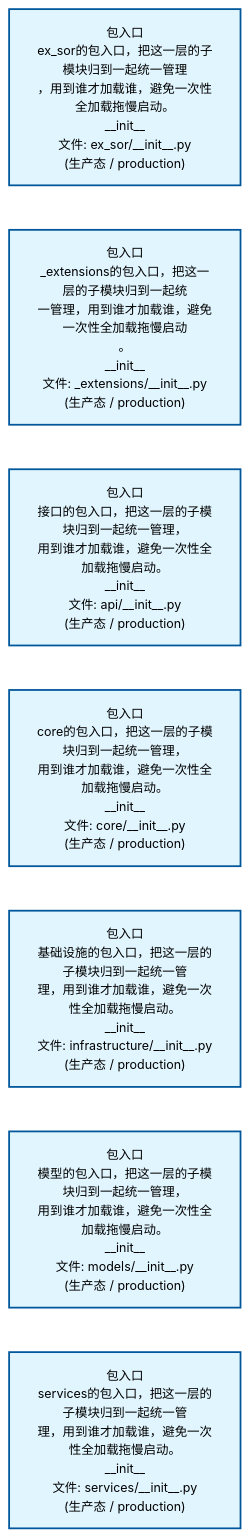
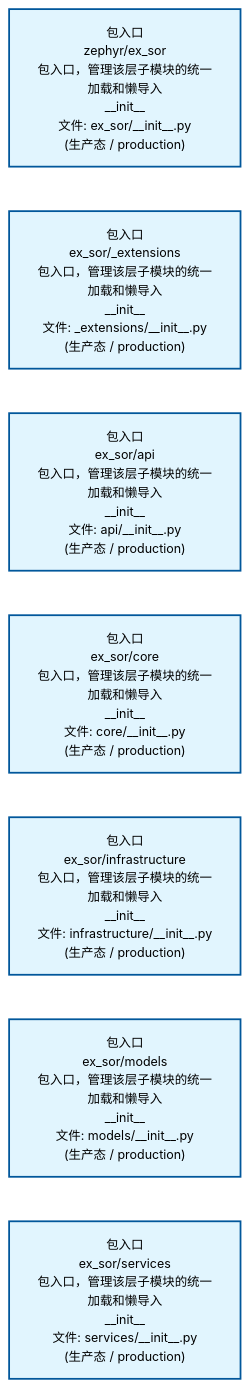
The second of 4 diagrams in docs/02_enterprise_architecture/02_domain_architecture_docs/45_d_ex_sor.md (xuanFelixVan/ZephyrAlpha), drawn with Mermaid before and after one commit. The commit also changed other lines of this file and 60 other files, not shown here.

````diff
--- a/docs/02_enterprise_architecture/02_domain_architecture_docs/45_d_ex_sor.md
+++ b/docs/02_enterprise_architecture/02_domain_architecture_docs/45_d_ex_sor.md
@@ -111,22 +111,22 @@
 ```mermaid
 %%{init: {'theme': 'base', 'themeVariables': {'primaryColor': '#eaeaea', 'primaryTextColor': '#333333', 'primaryBorderColor': '#666666', 'lineColor': '#666666', 'secondaryColor': '#eaeaea', 'tertiaryColor': '#eaeaea', 'fontSize': '14px'}}}%%
 flowchart TD
-    src_zephyr_ex_sor_init_py["包入口<br/>ex_sor的包入口，把这一层的子模块归到一起统一管理<br/>，用到谁才加载谁，避免一次性全加载拖慢启动。<br/>__init__<br/>文件: ex_sor/__init__.py<br/>(生产态 / production)"]
-    src_zephyr_ex_sor_extensions_init_py["包入口<br/>_extensions的包入口，把这一层的子模块归到一起统<br/>一管理，用到谁才加载谁，避免一次性全加载拖慢启动<br/>。<br/>__init__<br/>文件: _extensions/__init__.py<br/>(生产态 / production)"]
-    src_zephyr_ex_sor_api_init_py["包入口<br/>接口的包入口，把这一层的子模块归到一起统一管理，<br/>用到谁才加载谁，避免一次性全加载拖慢启动。<br/>__init__<br/>文件: api/__init__.py<br/>(生产态 / production)"]
-    src_zephyr_ex_sor_core_init_py["包入口<br/>core的包入口，把这一层的子模块归到一起统一管理，<br/>用到谁才加载谁，避免一次性全加载拖慢启动。<br/>__init__<br/>文件: core/__init__.py<br/>(生产态 / production)"]
-    src_zephyr_ex_sor_infrastructure_init_py["包入口<br/>基础设施的包入口，把这一层的子模块归到一起统一管<br/>理，用到谁才加载谁，避免一次性全加载拖慢启动。<br/>__init__<br/>文件: infrastructure/__init__.py<br/>(生产态 / production)"]
-    src_zephyr_ex_sor_models_init_py["包入口<br/>模型的包入口，把这一层的子模块归到一起统一管理，<br/>用到谁才加载谁，避免一次性全加载拖慢启动。<br/>__init__<br/>文件: models/__init__.py<br/>(生产态 / production)"]
-    src_zephyr_ex_sor_services_init_py["包入口<br/>services的包入口，把这一层的子模块归到一起统一管<br/>理，用到谁才加载谁，避免一次性全加载拖慢启动。<br/>__init__<br/>文件: services/__init__.py<br/>(生产态 / production)"]
+    src_zephyr_ex_sor_init_py["包入口<br/>zephyr/ex_sor<br/>包入口，管理该层子模块的统一加载和懒导入<br/>__init__<br/>文件: ex_sor/__init__.py<br/>(生产态 / production)"]
+    src_zephyr_ex_sor_extensions_init_py["包入口<br/>ex_sor/_extensions<br/>包入口，管理该层子模块的统一加载和懒导入<br/>__init__<br/>文件: _extensions/__init__.py<br/>(生产态 / production)"]
+    src_zephyr_ex_sor_api_init_py["包入口<br/>ex_sor/api<br/>包入口，管理该层子模块的统一加载和懒导入<br/>__init__<br/>文件: api/__init__.py<br/>(生产态 / production)"]
+    src_zephyr_ex_sor_core_init_py["包入口<br/>ex_sor/core<br/>包入口，管理该层子模块的统一加载和懒导入<br/>__init__<br/>文件: core/__init__.py<br/>(生产态 / production)"]
+    src_zephyr_ex_sor_infrastructure_init_py["包入口<br/>ex_sor/infrastructure<br/>包入口，管理该层子模块的统一加载和懒导入<br/>__init__<br/>文件: infrastructure/__init__.py<br/>(生产态 / production)"]
+    src_zephyr_ex_sor_models_init_py["包入口<br/>ex_sor/models<br/>包入口，管理该层子模块的统一加载和懒导入<br/>__init__<br/>文件: models/__init__.py<br/>(生产态 / production)"]
+    src_zephyr_ex_sor_services_init_py["包入口<br/>ex_sor/services<br/>包入口，管理该层子模块的统一加载和懒导入<br/>__init__<br/>文件: services/__init__.py<br/>(生产态 / production)"]
     src_zephyr_ex_sor_init_py ~~~ src_zephyr_ex_sor_extensions_init_py
     src_zephyr_ex_sor_extensions_init_py ~~~ src_zephyr_ex_sor_api_init_py
     src_zephyr_ex_sor_api_init_py ~~~ src_zephyr_ex_sor_core_init_py
     src_zephyr_ex_sor_core_init_py ~~~ src_zephyr_ex_sor_infrastructure_init_py
     src_zephyr_ex_sor_infrastructure_init_py ~~~ src_zephyr_ex_sor_models_init_py
     src_zephyr_ex_sor_models_init_py ~~~ src_zephyr_ex_sor_services_init_py
     classDef production fill:#e1f5fe,stroke:#01579b,stroke-width:2px,color:#000
     classDef design fill:#fff3e0,stroke:#e65100,stroke-width:2px,color:#000,stroke-dasharray: 5 5
     classDef external_prod fill:#e8f4fd,stroke:#0277bd,stroke-width:1px,color:#000
     classDef external_design fill:#fff8e7,stroke:#ef6c00,stroke-width:1px,color:#000,stroke-dasharray: 5 5
     class src_zephyr_ex_sor_init_py,src_zephyr_ex_sor_extensions_init_py,src_zephyr_ex_sor_api_init_py,src_zephyr_ex_sor_core_init_py,src_zephyr_ex_sor_infrastructure_init_py,src_zephyr_ex_sor_models_init_py,src_zephyr_ex_sor_services_init_py production
 ```
````
